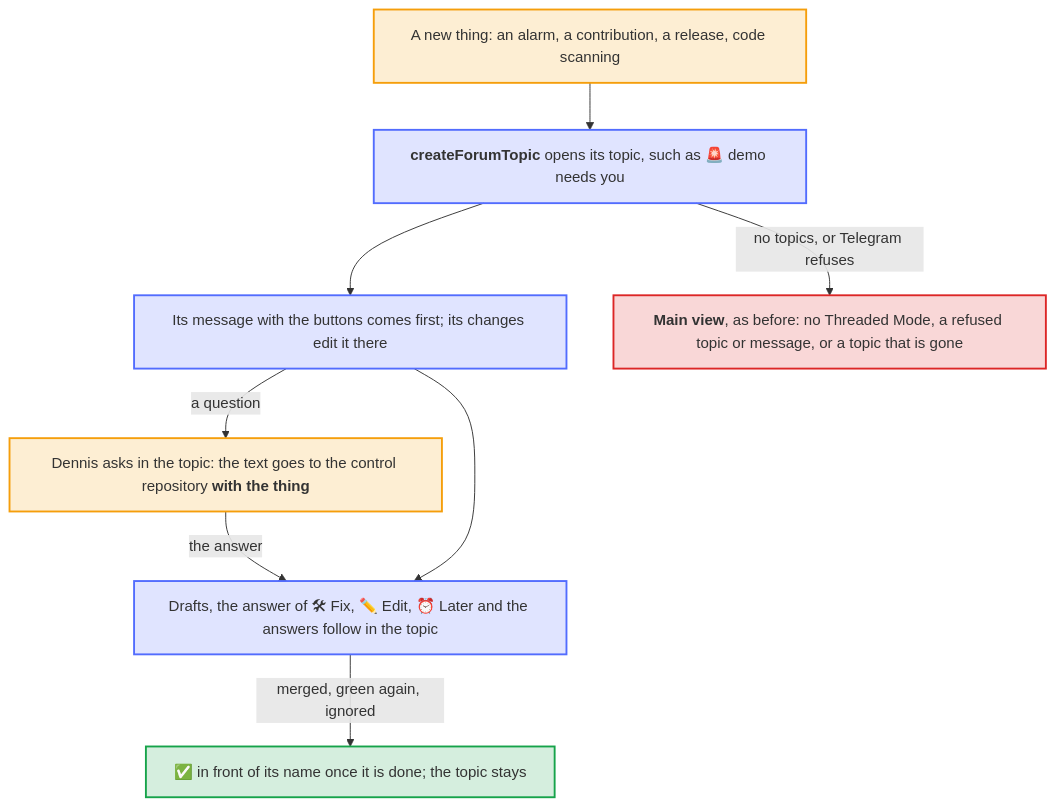
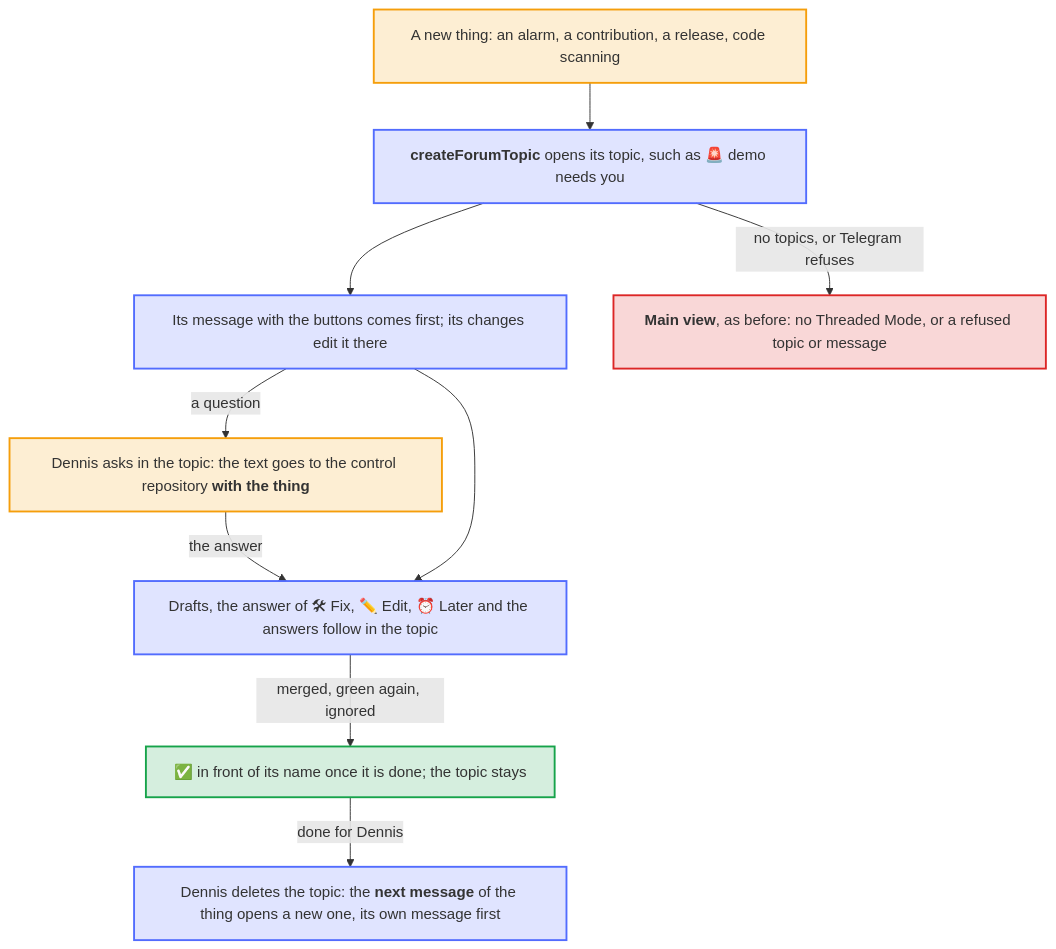
The diagram in docs/diagrams/a-topic-per-thing.mmd (Dennis-Otto/dennis-otto-pager), drawn with Mermaid before and after one commit. The commit also changed 22 other files, not shown here.

First line of the commit message:
fix: a message of a thing whose topic you deleted opens a new topic instead of the main chat (#106)

```diff
--- a/docs/diagrams/a-topic-per-thing.mmd
+++ b/docs/diagrams/a-topic-per-thing.mmd
@@ -1,33 +1,35 @@
 ---
 config:
   flowchart:
     wrappingWidth: 400
 ---
 flowchart TB
     accTitle: A topic per thing
-    accDescr: A new thing, such as an alarm, a contribution or a release, opens a topic of its own in the chat, named after its repository and what it is. Its message with the buttons comes first, and its changes edit it there. Its drafts, the answer of Fix, the prompt of Edit, what Later brings back and the answers to what Dennis asks in the topic follow in it; his question goes to the control repository together with the thing. Once the thing is done, its topic gets a check mark in front of its name and stays. Without Threaded Mode, or when Telegram refuses the topic or a message in it, the thing goes on in the main view, as before.
+    accDescr: A new thing, such as an alarm, a contribution or a release, opens a topic of its own in the chat, named after its repository and what it is. Its message with the buttons comes first, and its changes edit it there. Its drafts, the answer of Fix, the prompt of Edit, what Later brings back and the answers to what Dennis asks in the topic follow in it; his question goes to the control repository together with the thing. Once the thing is done, its topic gets a check mark in front of its name and stays. When Dennis deletes the topic, the next message of the thing opens a new one, with the thing's own message first. Without Threaded Mode, or when Telegram refuses the topic or a message in it, the thing goes on in the main view, as before.
 
     thing["A new thing: an alarm, a contribution, a release, code scanning"]
     open["`**createForumTopic** opens its topic, such as 🚨 demo needs you`"]
     first["`Its message with the buttons comes first; its changes edit it there`"]
     ask["`Dennis asks in the topic: the text goes to the control repository **with the thing**`"]
     more["`Drafts, the answer of 🛠 Fix, ✏️ Edit, ⏰ Later and the answers follow in the topic`"]
     done["`**✅** in front of its name once it is done; the topic stays`"]
-    main["`**Main view**, as before: no Threaded Mode, a refused topic or message, or a topic that is gone`"]
+    gone["`Dennis deletes the topic: the **next message** of the thing opens a new one, its own message first`"]
+    main["`**Main view**, as before: no Threaded Mode, or a refused topic or message`"]
 
     thing --> open
     open --> first
     first -- "a question" --> ask
     ask -- "the answer" --> more
     first --> more
     more -- "merged, green again, ignored" --> done
+    done -- "done for Dennis" --> gone
     open -- "no topics, or Telegram refuses" --> main
 
     classDef you fill:#f59e0b2e,stroke:#f59e0b,stroke-width:2px
     classDef bot fill:#526cfe2e,stroke:#526cfe,stroke-width:2px
     classDef done fill:#16a34a2e,stroke:#16a34a,stroke-width:2px
     classDef warn fill:#dc26262e,stroke:#dc2626,stroke-width:2px
     class thing,ask you
-    class open,first,more bot
+    class open,first,more,gone bot
     class done done
     class main warn
```
